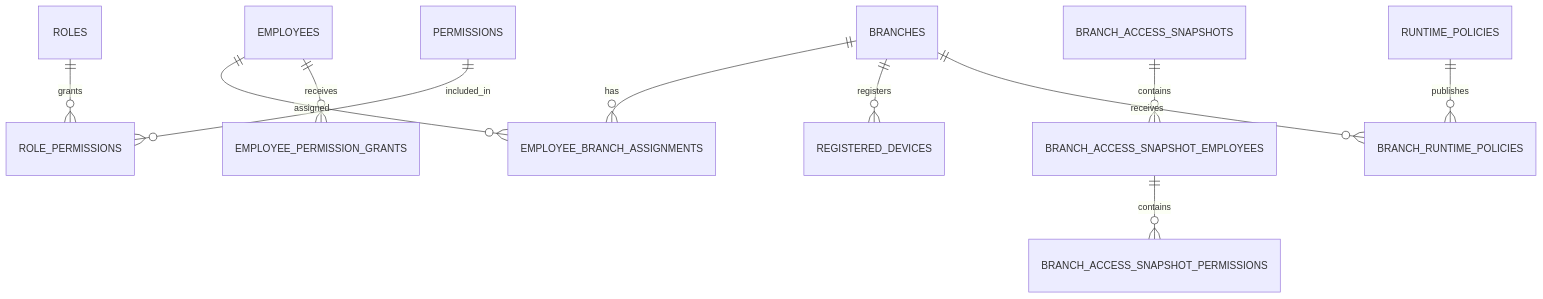
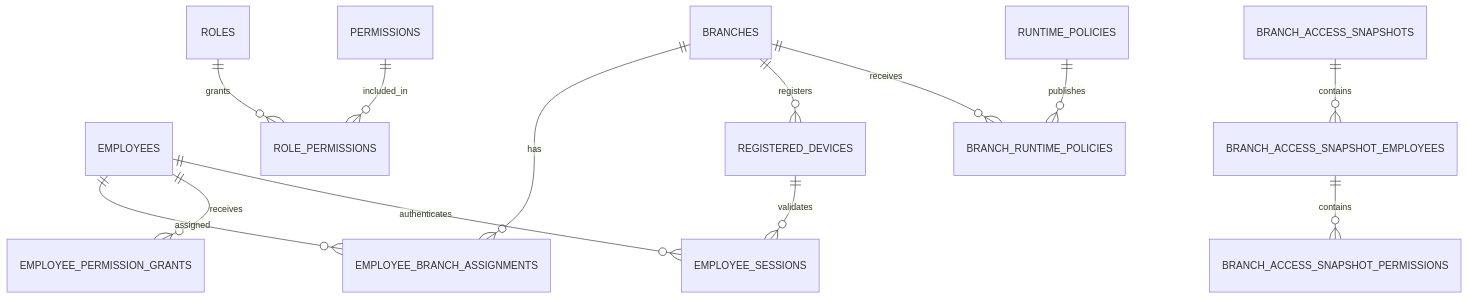
The first of 9 diagrams in docs/technical-design/25-module-level-erd-package.md (hayajnehali/SupermarketSystem), drawn with Mermaid before and after one commit. The commit also changed other lines of this file, not shown here.

Commit message:
docs: complete module ERD relationships for stocktake and customer workflows

````diff
--- a/docs/technical-design/25-module-level-erd-package.md
+++ b/docs/technical-design/25-module-level-erd-package.md
@@ -20,13 +20,15 @@
 ```mermaid
 erDiagram
     BRANCHES ||--o{ EMPLOYEE_BRANCH_ASSIGNMENTS : has
     EMPLOYEES ||--o{ EMPLOYEE_BRANCH_ASSIGNMENTS : assigned
     ROLES ||--o{ ROLE_PERMISSIONS : grants
     PERMISSIONS ||--o{ ROLE_PERMISSIONS : included_in
     EMPLOYEES ||--o{ EMPLOYEE_PERMISSION_GRANTS : receives
+    EMPLOYEES ||--o{ EMPLOYEE_SESSIONS : authenticates
+    REGISTERED_DEVICES ||--o{ EMPLOYEE_SESSIONS : validates
     BRANCH_ACCESS_SNAPSHOTS ||--o{ BRANCH_ACCESS_SNAPSHOT_EMPLOYEES : contains
     BRANCH_ACCESS_SNAPSHOT_EMPLOYEES ||--o{ BRANCH_ACCESS_SNAPSHOT_PERMISSIONS : contains
     BRANCHES ||--o{ REGISTERED_DEVICES : registers
     BRANCHES ||--o{ BRANCH_RUNTIME_POLICIES : receives
     RUNTIME_POLICIES ||--o{ BRANCH_RUNTIME_POLICIES : publishes
 ```
````
